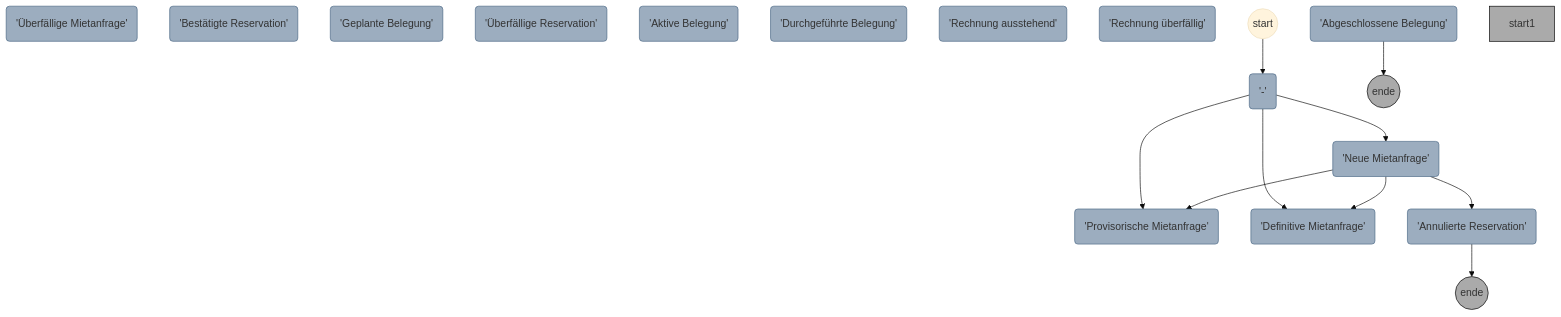
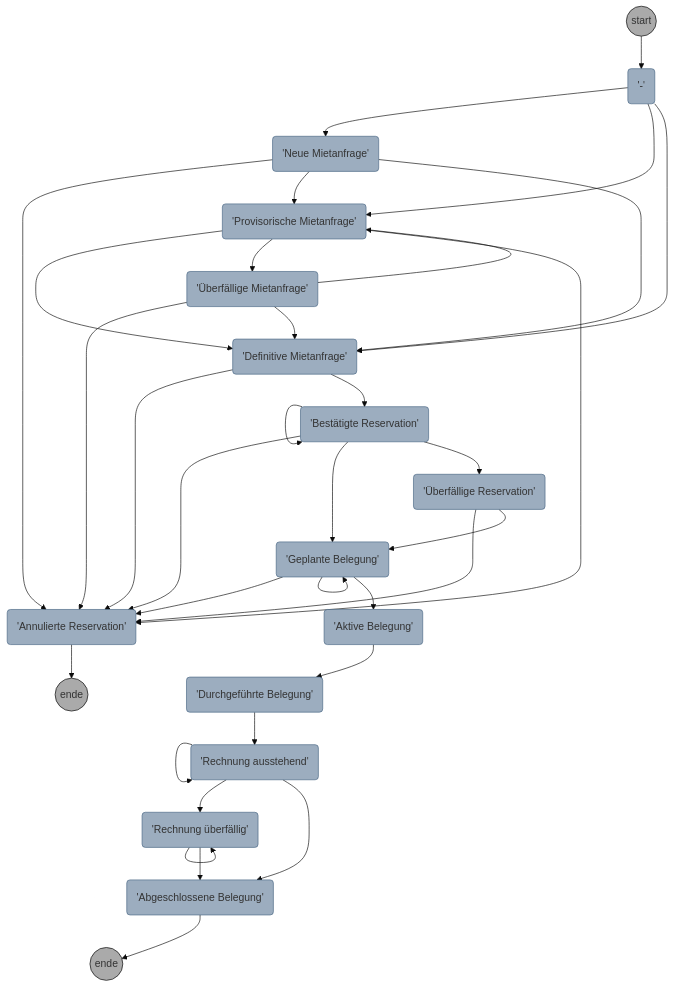
One commit to diegosteiner/heimv changed the diagram in docs/state_machine_generated.mmd. Above: the diagram before and after it, drawn with Mermaid (base theme). The commit also changed 5 other files, not shown here.

```diff
--- a/docs/state_machine_generated.mmd
+++ b/docs/state_machine_generated.mmd
@@ -1,56 +1,80 @@
 %% Generated with bin/rails docs:generate_state_machine_diagram
 graph TD;
 
 %% States
 initial('-')
 new_request('Neue Mietanfrage')
 provisional_request('Provisorische Mietanfrage')
 definitive_request('Definitive Mietanfrage')
 overdue_request('Überfällige Mietanfrage')
 cancelled('Annulierte Reservation')
 confirmed('Bestätigte Reservation')
 upcoming('Geplante Belegung')
 overdue('Überfällige Reservation')
 active('Aktive Belegung')
 past('Durchgeführte Belegung')
 payment_due('Rechnung ausstehend')
 payment_overdue('Rechnung überfällig')
 completed('Abgeschlossene Belegung')
 initial('-')
 
 %% Additional Helpers
 start((start))
 end1((ende))
 end2((ende))
 start-->initial
 cancelled-->end1
 completed-->end2
 
 %% Transitions
 initial-->new_request
 initial-->provisional_request
 initial-->definitive_request
+overdue_request-->cancelled
+overdue_request-->definitive_request
+overdue_request-->provisional_request
+new_request-->cancelled
 new_request-->provisional_request
 new_request-->definitive_request
-new_request-->cancelled
+provisional_request-->definitive_request
+provisional_request-->overdue_request
+provisional_request-->cancelled
+definitive_request-->cancelled
+definitive_request-->confirmed
+confirmed-->confirmed
+confirmed-->cancelled
+confirmed-->upcoming
+confirmed-->overdue
+overdue-->cancelled
+overdue-->upcoming
+upcoming-->cancelled
+upcoming-->upcoming
+upcoming-->active
+active-->past
+past-->payment_due
+payment_due-->payment_due
+payment_due-->payment_overdue
+payment_due-->completed
+payment_overdue-->payment_overdue
+payment_overdue-->completed
 
 %% Styles
-style start1 fill:#aaa,stroke:#000;
+style start fill:#aaa,stroke:#000;
 style end1  fill:#aaa,stroke:#000;
 style end2  fill:#aaa,stroke:#000;
 
 style initial fill:#9CADBF,stroke:#496684
 style new_request fill:#9CADBF,stroke:#496684
 style provisional_request fill:#9CADBF,stroke:#496684
 style definitive_request fill:#9CADBF,stroke:#496684
 style overdue_request fill:#9CADBF,stroke:#496684
 style cancelled fill:#9CADBF,stroke:#496684
 style confirmed fill:#9CADBF,stroke:#496684
 style upcoming fill:#9CADBF,stroke:#496684
 style overdue fill:#9CADBF,stroke:#496684
 style active fill:#9CADBF,stroke:#496684
 style past fill:#9CADBF,stroke:#496684
 style payment_due fill:#9CADBF,stroke:#496684
 style payment_overdue fill:#9CADBF,stroke:#496684
 style completed fill:#9CADBF,stroke:#496684
 style initial fill:#9CADBF,stroke:#496684
```
